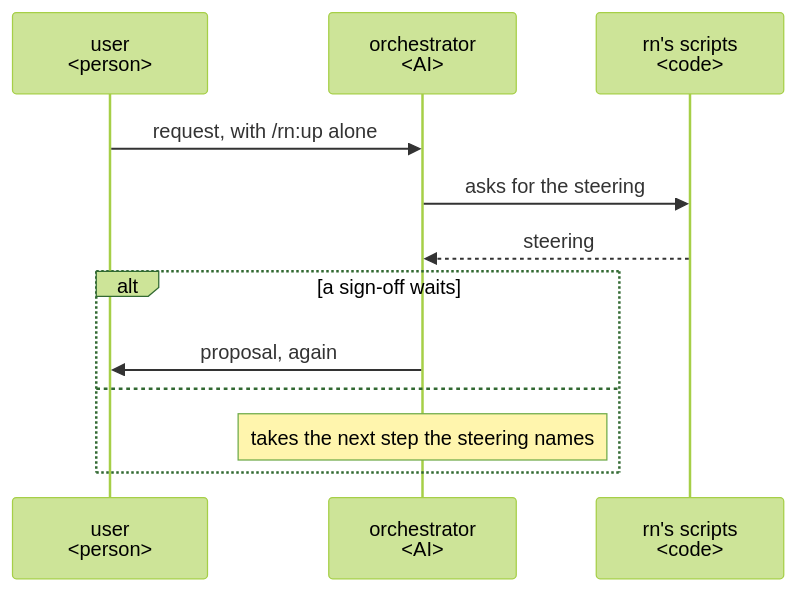
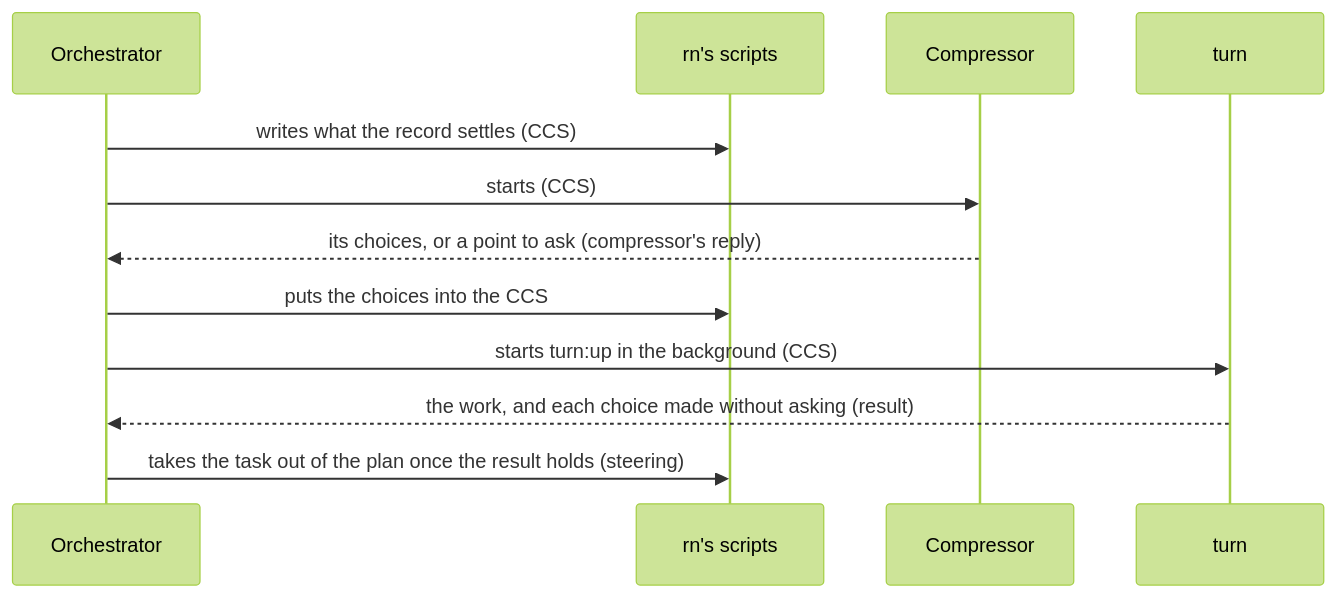
One commit to lovaizu/ccpm changed the third of 4 diagrams in dev/rn/architecture.md. Above: the diagram before and after it, drawn with Mermaid (forest theme). The commit also changed other lines of this file and 1 other file, not shown here.

First line of the commit message:
rn's architecture rewritten from its design tree on the architecture template alone

````diff
--- a/dev/rn/architecture.md
+++ b/dev/rn/architecture.md
@@ -367,14 +143,14 @@
 ```mermaid
 sequenceDiagram
-  participant U as user<br/>#lt;person#gt;
-  participant O as orchestrator<br/>#lt;AI#gt;
-  participant S as rn's scripts<br/>#lt;code#gt;
-  U->>O: request, with /rn:up alone
-  O->>S: asks for the steering
-  S-->>O: steering
-  alt a sign-off waits
-    O->>U: proposal, again
-  else
-    Note over O: takes the next step the steering names
-  end
+  participant O as Orchestrator
+  participant S as rn's scripts
+  participant C as Compressor
+  participant T as turn
+  O->>S: writes what the record settles (CCS)
+  O->>C: starts (CCS)
+  C-->>O: its choices, or a point to ask (compressor's reply)
+  O->>S: puts the choices into the CCS
+  O->>T: starts turn:up in the background (CCS)
+  T-->>O: the work, and each choice made without asking (result)
+  O->>S: takes the task out of the plan once the result holds (steering)
 ```
````
